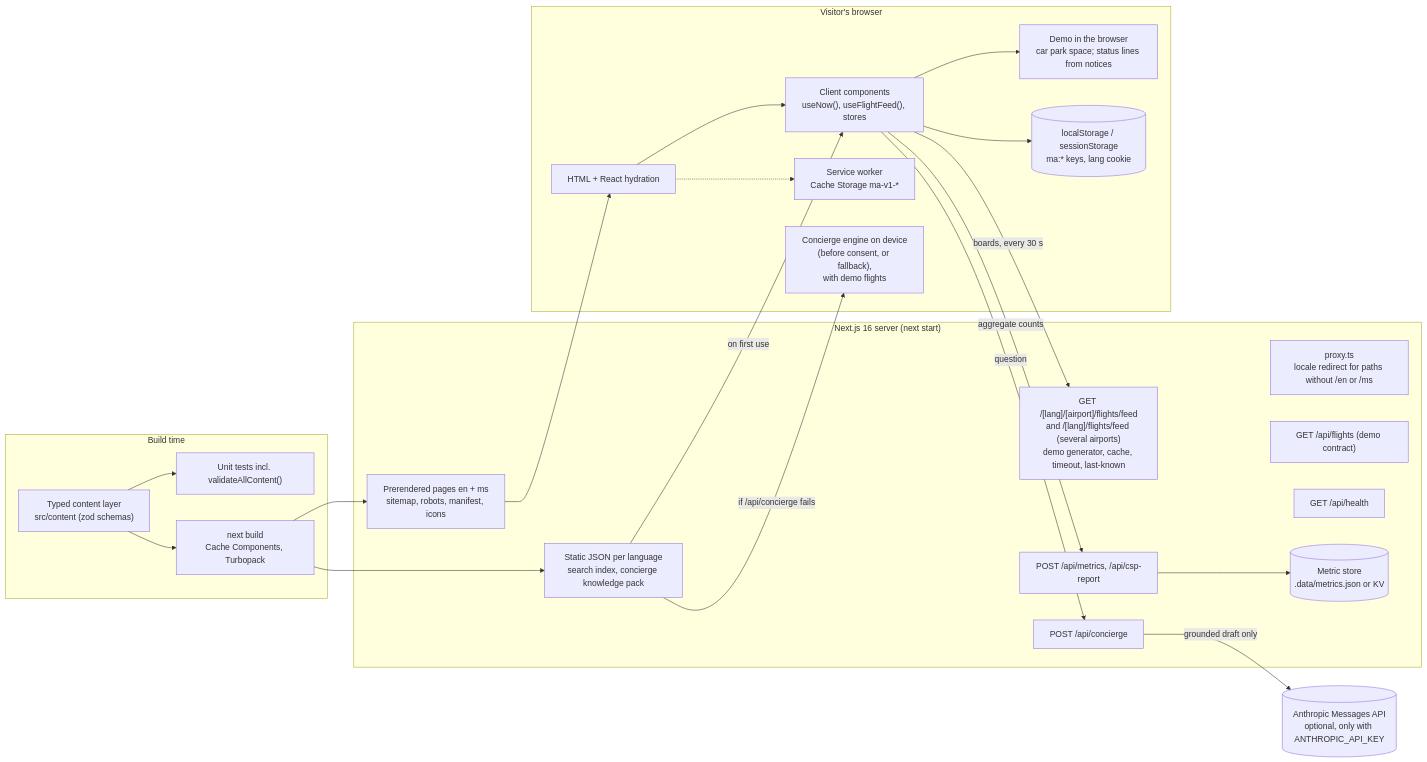
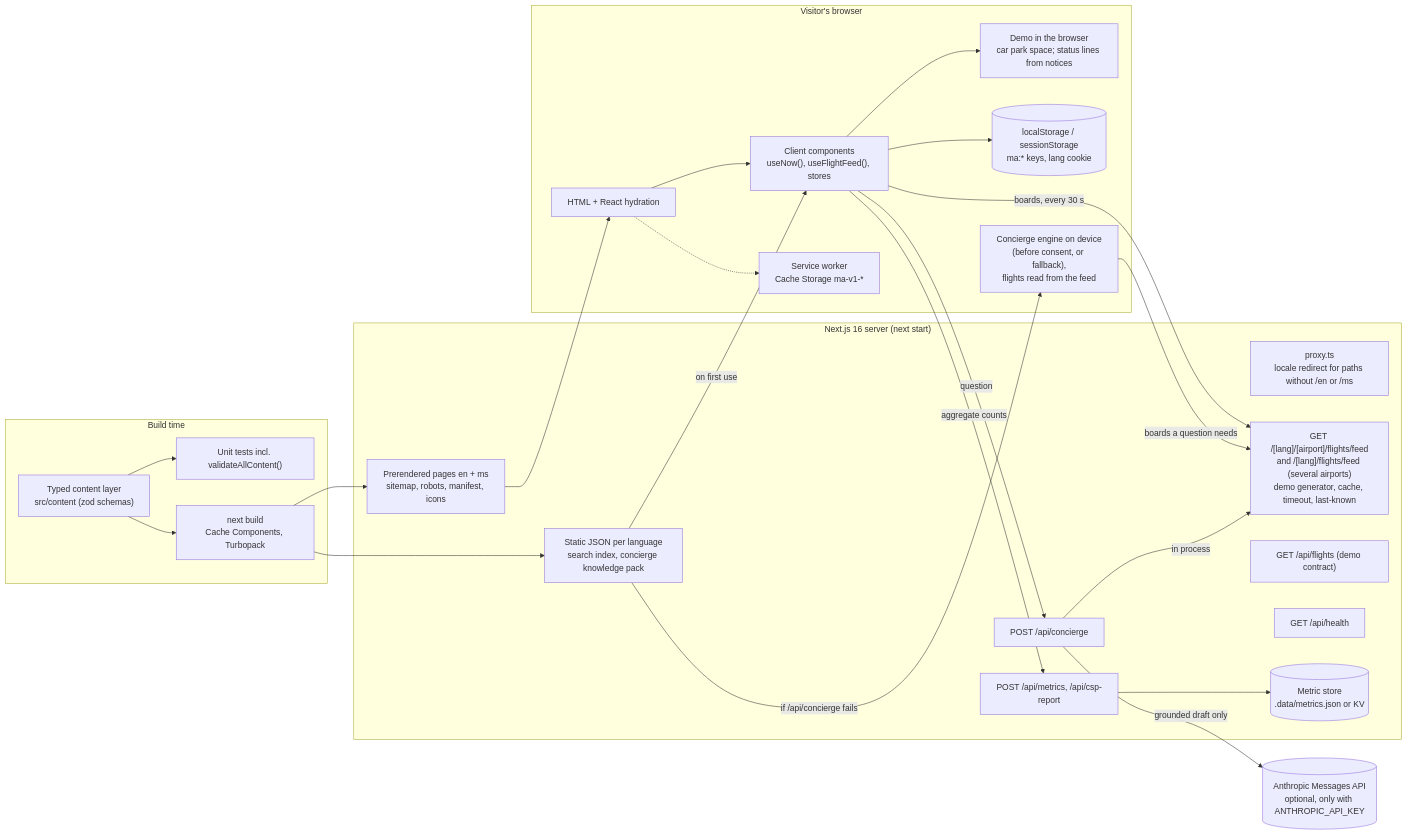
Before and after one commit to athlon1987/fullstack-nanodegree-vm: the first of 4 diagrams in malaysia-airports/docs/engineering/architecture.md, drawn with Mermaid. The commit also changed other lines of this file and 29 other files, not shown here.

````diff
--- a/malaysia-airports/docs/engineering/architecture.md
+++ b/malaysia-airports/docs/engineering/architecture.md
@@ -42,48 +42,50 @@
 ```mermaid
 flowchart LR
   subgraph BuildTime["Build time"]
     Content["Typed content layer<br/>src/content (zod schemas)"]
     Tests["Unit tests incl. validateAllContent()"]
     Build["next build<br/>Cache Components, Turbopack"]
     Content --> Tests
     Content --> Build
   end
 
   subgraph Server["Next.js 16 server (next start)"]
     Proxy["proxy.ts<br/>locale redirect for paths without /en or /ms"]
     Static["Prerendered pages en + ms<br/>sitemap, robots, manifest, icons"]
     Json["Static JSON per language<br/>search index, concierge knowledge pack"]
     Feed["GET /[lang]/[airport]/flights/feed<br/>and /[lang]/flights/feed (several airports)<br/>demo generator, cache, timeout, last-known"]
     ApiF["GET /api/flights (demo contract)"]
     ApiH["GET /api/health"]
     ApiC["POST /api/concierge"]
     ApiM["POST /api/metrics, /api/csp-report"]
     Metrics[("Metric store<br/>.data/metrics.json or KV")]
   end
 
   subgraph Browser["Visitor's browser"]
     Html["HTML + React hydration"]
     Hooks["Client components<br/>useNow(), useFlightFeed(), stores"]
     Demo["Demo in the browser<br/>car park space; status lines from notices"]
     Store[("localStorage / sessionStorage<br/>ma:* keys, lang cookie")]
     SW["Service worker<br/>Cache Storage ma-v1-*"]
-    Local["Concierge engine on device<br/>(before consent, or fallback),<br/>with demo flights"]
+    Local["Concierge engine on device<br/>(before consent, or fallback),<br/>flights read from the feed"]
   end
 
   LLM[("Anthropic Messages API<br/>optional, only with ANTHROPIC_API_KEY")]
 
   Build --> Static
   Build --> Json
   Static --> Html
   Html --> Hooks
   Hooks -- "boards, every 30 s" --> Feed
+  Local -- "boards a question needs" --> Feed
+  ApiC -- "in process" --> Feed
   Hooks --> Demo
   Hooks --> Store
   Hooks -- "aggregate counts" --> ApiM
   ApiM --> Metrics
   Html -.-> SW
   Hooks -- "question" --> ApiC
   ApiC -- "grounded draft only" --> LLM
   Json -- "on first use" --> Hooks
   Json -- "if /api/concierge fails" --> Local
 ```
````
